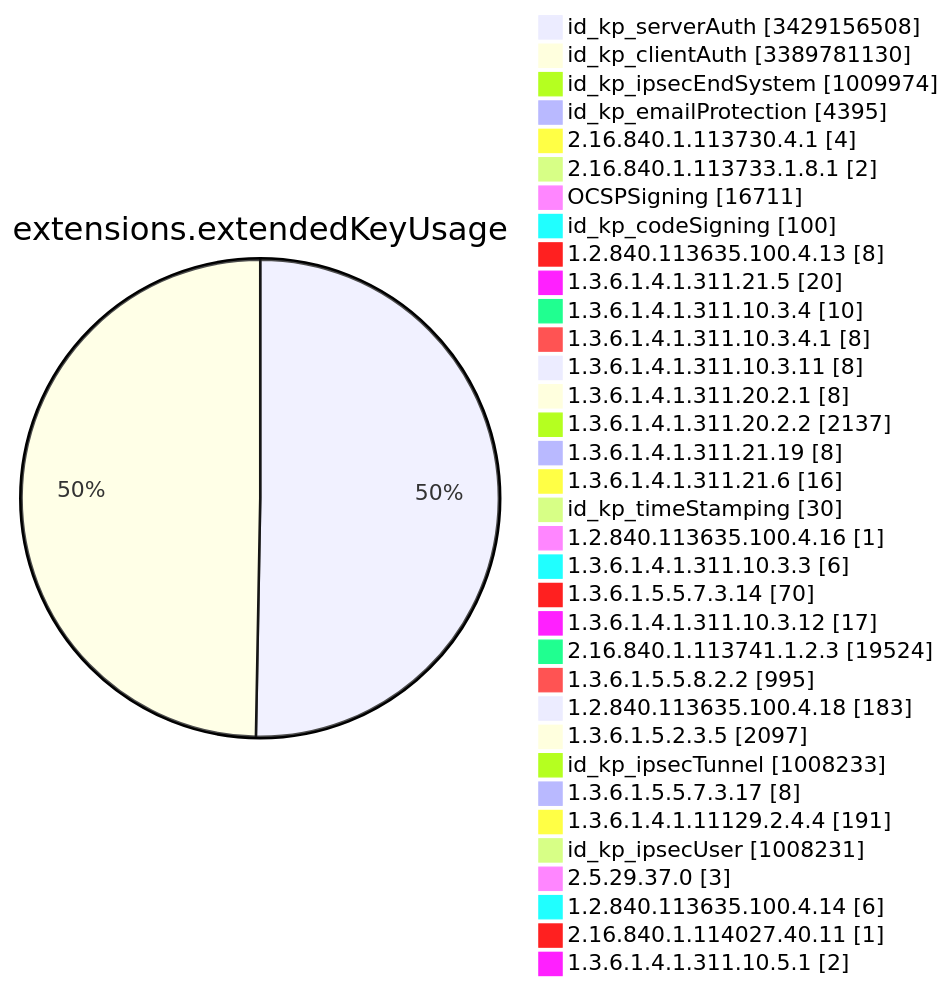
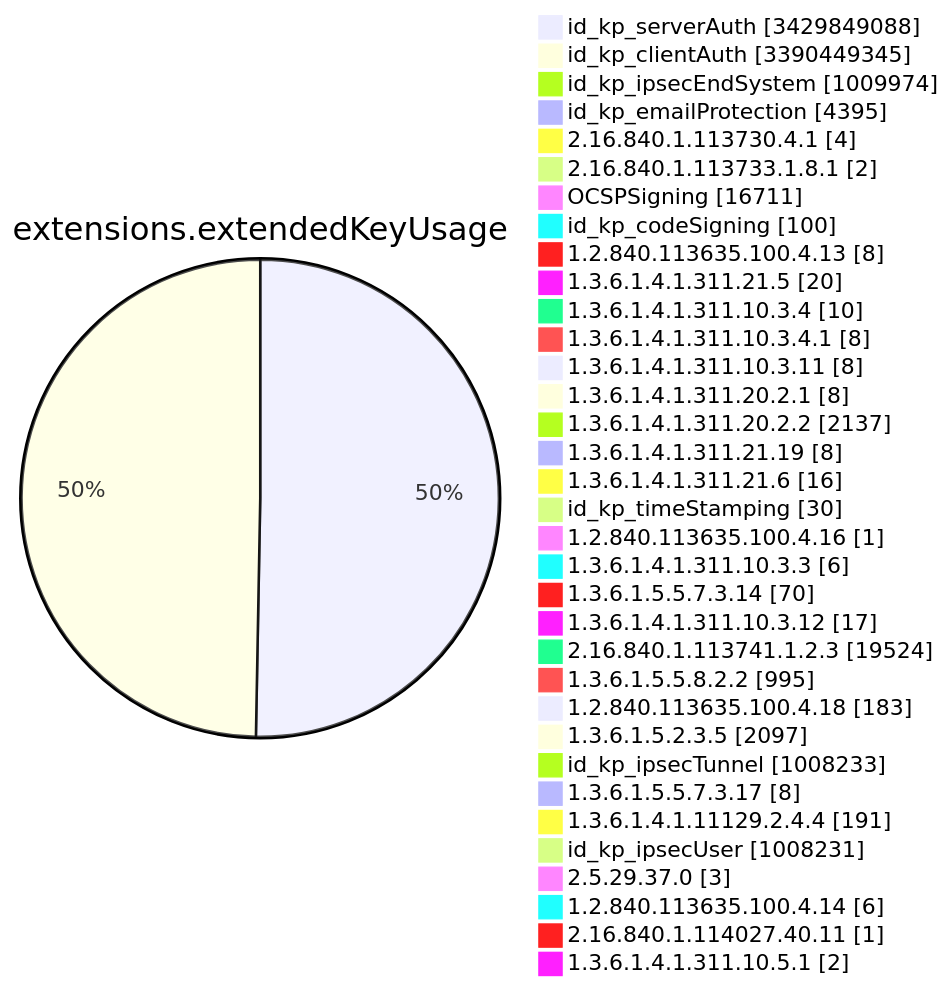
One commit to christiankrug/ctmonitor_visualization changed diagram 11 of 15 in TOTAL/README.md. Above: the diagram before and after it, drawn with Mermaid. The commit also changed other lines of this file, not shown here.

````diff
--- a/TOTAL/README.md
+++ b/TOTAL/README.md
@@ -4122,38 +4122,38 @@
 ```mermaid
 pie showData
 title extensions.extendedKeyUsage
-"id_kp_serverAuth" :3429156508
-"id_kp_clientAuth" :3389781130
+"id_kp_serverAuth" :3429849088
+"id_kp_clientAuth" :3390449345
 "id_kp_ipsecEndSystem" :1009974
 "id_kp_emailProtection" :4395
 "2.16.840.1.113730.4.1" :4
 "2.16.840.1.113733.1.8.1" :2
 "OCSPSigning" :16711
 "id_kp_codeSigning" :100
 "1.2.840.113635.100.4.13" :8
 "1.3.6.1.4.1.311.21.5" :20
 "1.3.6.1.4.1.311.10.3.4" :10
 "1.3.6.1.4.1.311.10.3.4.1" :8
 "1.3.6.1.4.1.311.10.3.11" :8
 "1.3.6.1.4.1.311.20.2.1" :8
 "1.3.6.1.4.1.311.20.2.2" :2137
 "1.3.6.1.4.1.311.21.19" :8
 "1.3.6.1.4.1.311.21.6" :16
 "id_kp_timeStamping" :30
 "1.2.840.113635.100.4.16" :1
 "1.3.6.1.4.1.311.10.3.3" :6
 "1.3.6.1.5.5.7.3.14" :70
 "1.3.6.1.4.1.311.10.3.12" :17
 "2.16.840.1.113741.1.2.3" :19524
 "1.3.6.1.5.5.8.2.2" :995
 "1.2.840.113635.100.4.18" :183
 "1.3.6.1.5.2.3.5" :2097
 "id_kp_ipsecTunnel" :1008233
 "1.3.6.1.5.5.7.3.17" :8
 "1.3.6.1.4.1.11129.2.4.4" :191
 "id_kp_ipsecUser" :1008231
 "2.5.29.37.0" :3
 "1.2.840.113635.100.4.14" :6
 "2.16.840.1.114027.40.11" :1
 "1.3.6.1.4.1.311.10.5.1" :2
 ```
````
